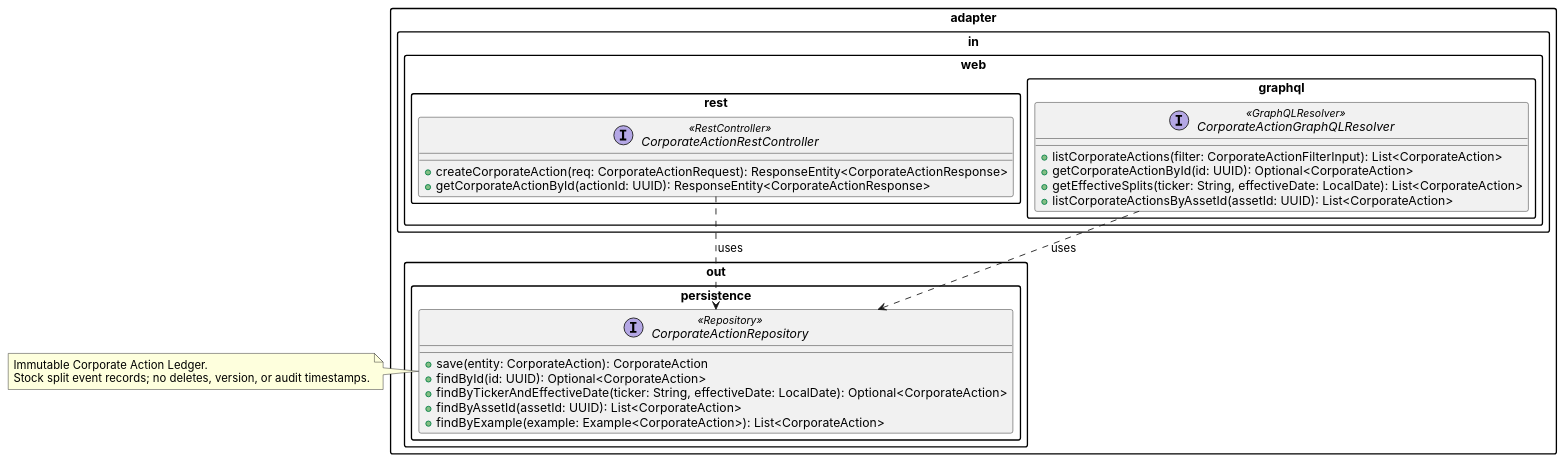
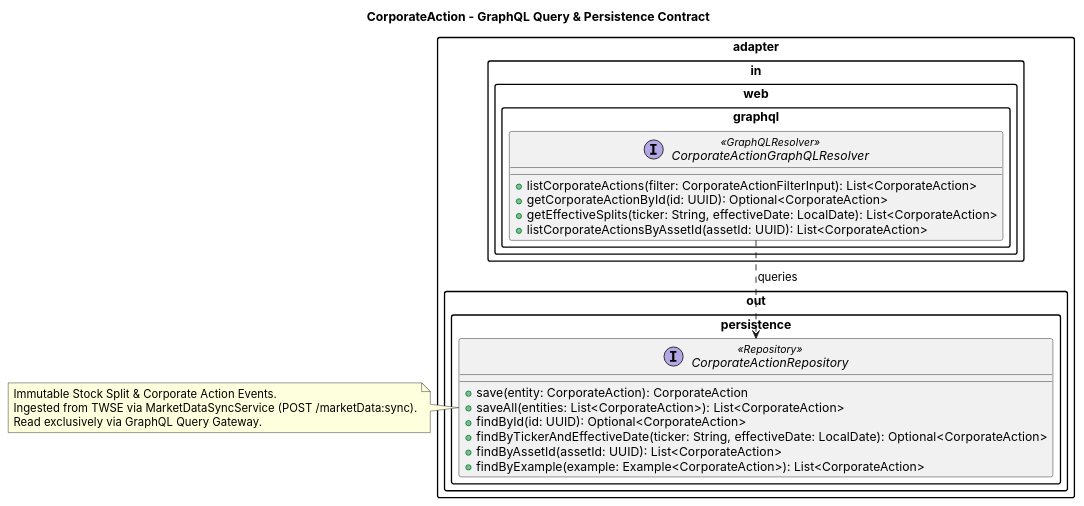
The diagram in docs/02-design-specs/uml/corporate_action_contract.puml (linuschien/etf-alpha-harvester), drawn with PlantUML before and after one commit. The commit also changed 10 other files, not shown here.

First line of the commit message:
Refactor UML Contracts to Transition from REST to GraphQL

```diff
--- a/docs/02-design-specs/uml/corporate_action_contract.puml
+++ b/docs/02-design-specs/uml/corporate_action_contract.puml
@@ -1,45 +1,39 @@
 @startuml corporate_action_contract
 
 !pragma layout smetana
 skinparam packageStyle rectangle
 skinparam defaultFontName Inter
 
-package "adapter.in.web.rest" {
-  interface "CorporateActionRestController" <<RestController>> {
-    ' --- Ingest ---
-    + createCorporateAction(req: CorporateActionRequest): ResponseEntity<CorporateActionResponse>
-    ' --- Single-resource Query ---
-    + getCorporateActionById(actionId: UUID): ResponseEntity<CorporateActionResponse>
-  }
-}
+title CorporateAction - GraphQL Query & Persistence Contract
 
 package "adapter.in.web.graphql" {
   interface "CorporateActionGraphQLResolver" <<GraphQLResolver>> {
-    ' --- Collection / Filtered Queries ---
+    ' --- UI Read Gateway ---
     + listCorporateActions(filter: CorporateActionFilterInput): List<CorporateAction>
     + getCorporateActionById(id: UUID): Optional<CorporateAction>
     + getEffectiveSplits(ticker: String, effectiveDate: LocalDate): List<CorporateAction>
     + listCorporateActionsByAssetId(assetId: UUID): List<CorporateAction>
   }
 }
 
 package "adapter.out.persistence" {
   interface "CorporateActionRepository" <<Repository>> {
     + save(entity: CorporateAction): CorporateAction
+    + saveAll(entities: List<CorporateAction>): List<CorporateAction>
     + findById(id: UUID): Optional<CorporateAction>
     + findByTickerAndEffectiveDate(ticker: String, effectiveDate: LocalDate): Optional<CorporateAction>
     + findByAssetId(assetId: UUID): List<CorporateAction>
     + findByExample(example: Example<CorporateAction>): List<CorporateAction>
   }
 }
 
 note right of CorporateActionRepository
-  Immutable Corporate Action Ledger.
-  Stock split event records; no deletes, version, or audit timestamps.
+  Immutable Stock Split & Corporate Action Events.
+  Ingested from TWSE via MarketDataSyncService (POST /marketData:sync).
+  Read exclusively via GraphQL Query Gateway.
 end note
 
 ' === Dependency Arrows ===
-"CorporateActionRestController"  ..> "CorporateActionRepository" : uses
-"CorporateActionGraphQLResolver" ..> "CorporateActionRepository" : uses
+"CorporateActionGraphQLResolver" ..> "CorporateActionRepository" : queries
 
 @enduml
```
